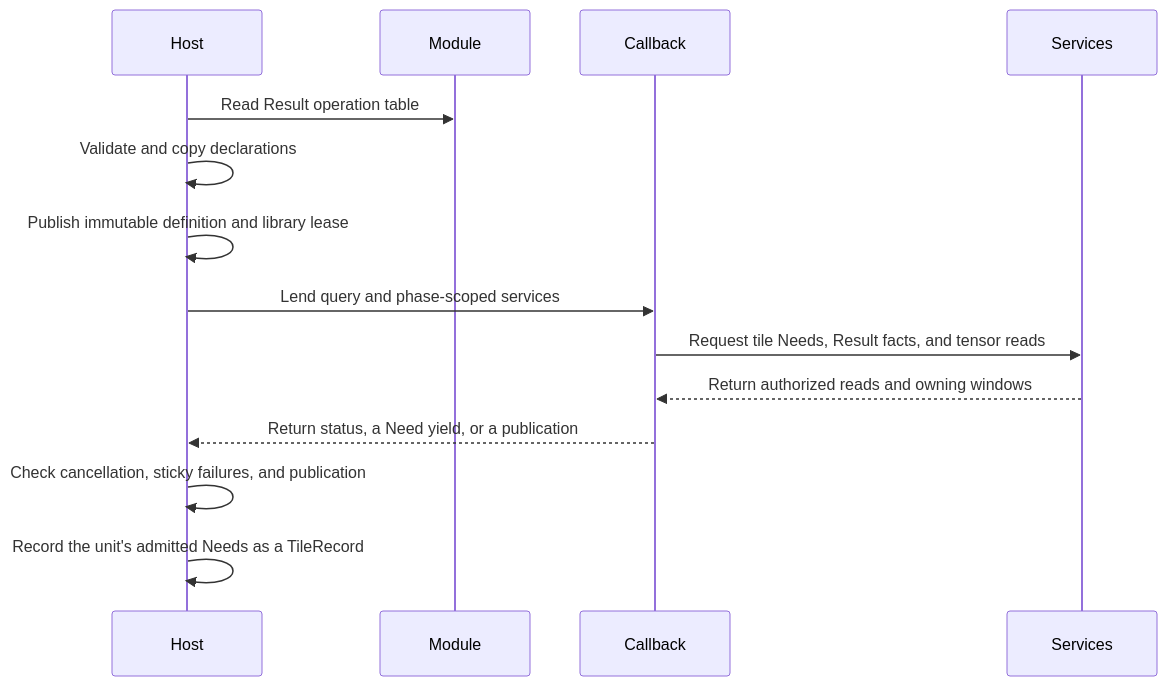
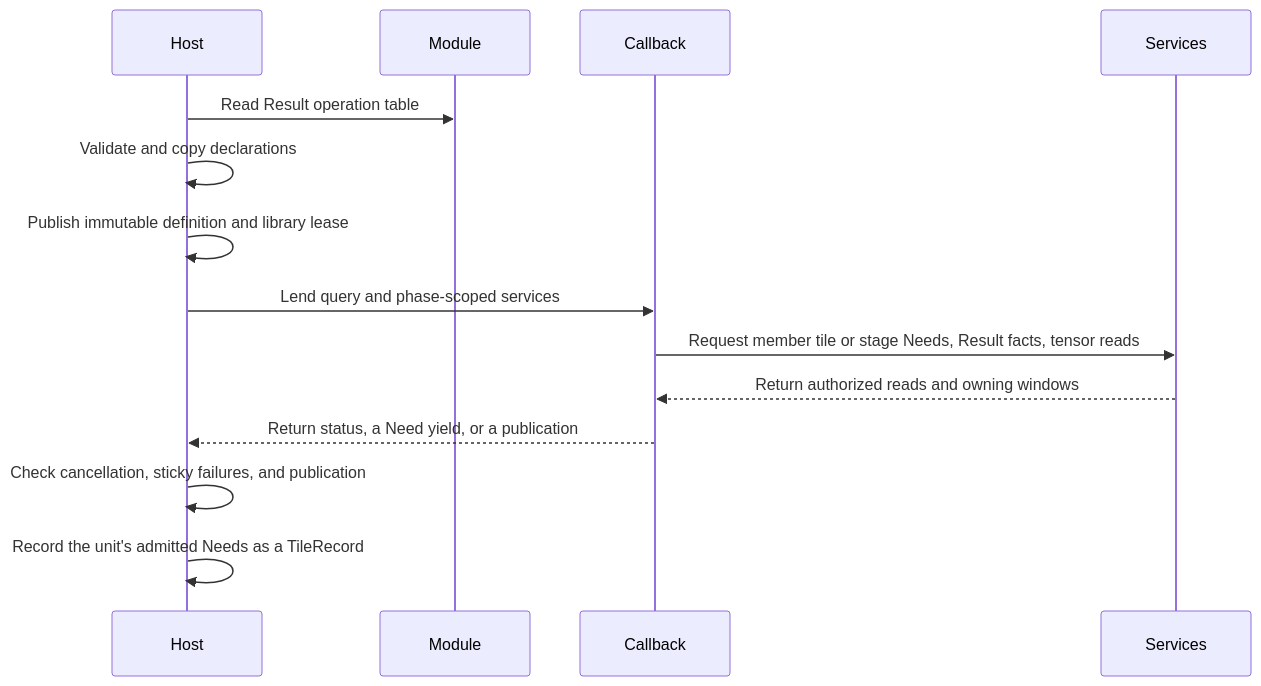
Before and after one commit to kevin-zf1123/photospider: the diagram in docs/kernel-architecture/Plugin-ABI.md, drawn with Mermaid. The commit also changed other lines of this file and 600 other files, not shown here.

````diff
--- a/docs/kernel-architecture/Plugin-ABI.md
+++ b/docs/kernel-architecture/Plugin-ABI.md
@@ -9,16 +9,16 @@
 ```mermaid
 sequenceDiagram
     participant Host
     participant Module
     participant Callback
     participant Services
     Host->>Module: Read Result operation table
     Host->>Host: Validate and copy declarations
     Host->>Host: Publish immutable definition and library lease
     Host->>Callback: Lend query and phase-scoped services
-    Callback->>Services: Request tile Needs, Result facts, and tensor reads
+    Callback->>Services: Request member tile or stage Needs, Result facts, tensor reads
     Services-->>Callback: Return authorized reads and owning windows
     Callback-->>Host: Return status, a Need yield, or a publication
     Host->>Host: Check cancellation, sticky failures, and publication
     Host->>Host: Record the unit's admitted Needs as a TileRecord
 ```
````
